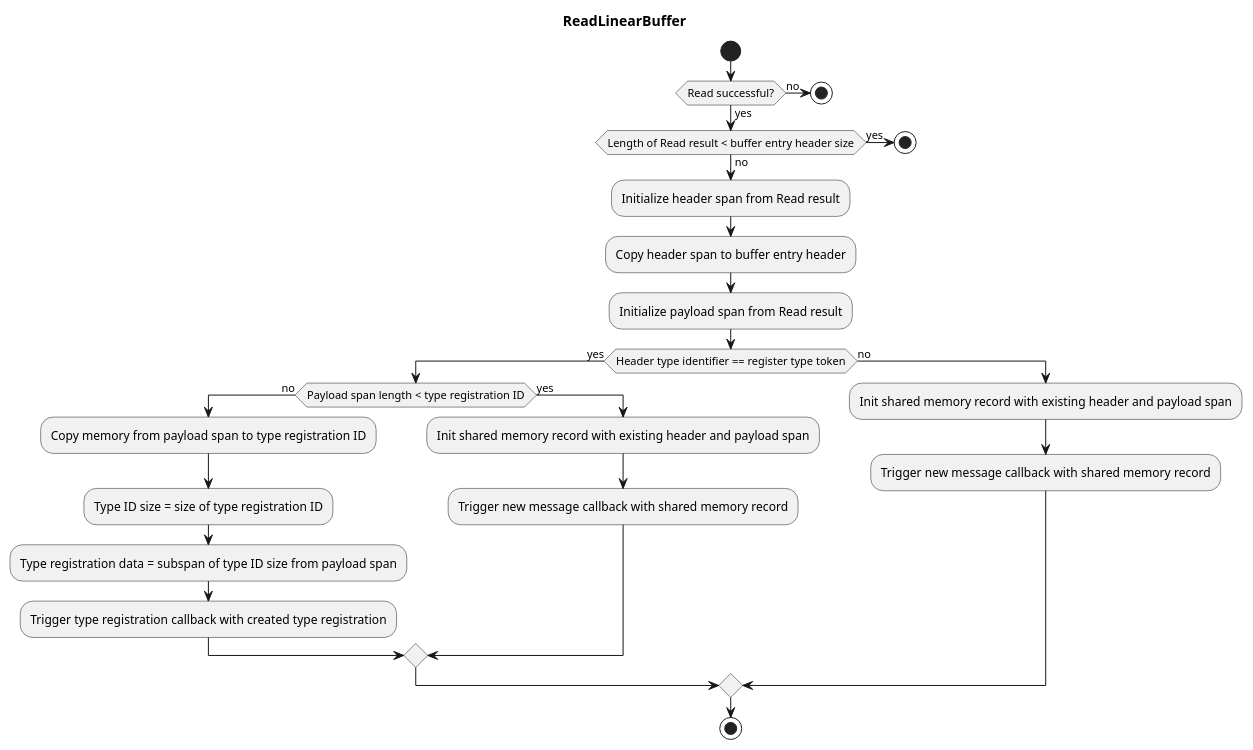
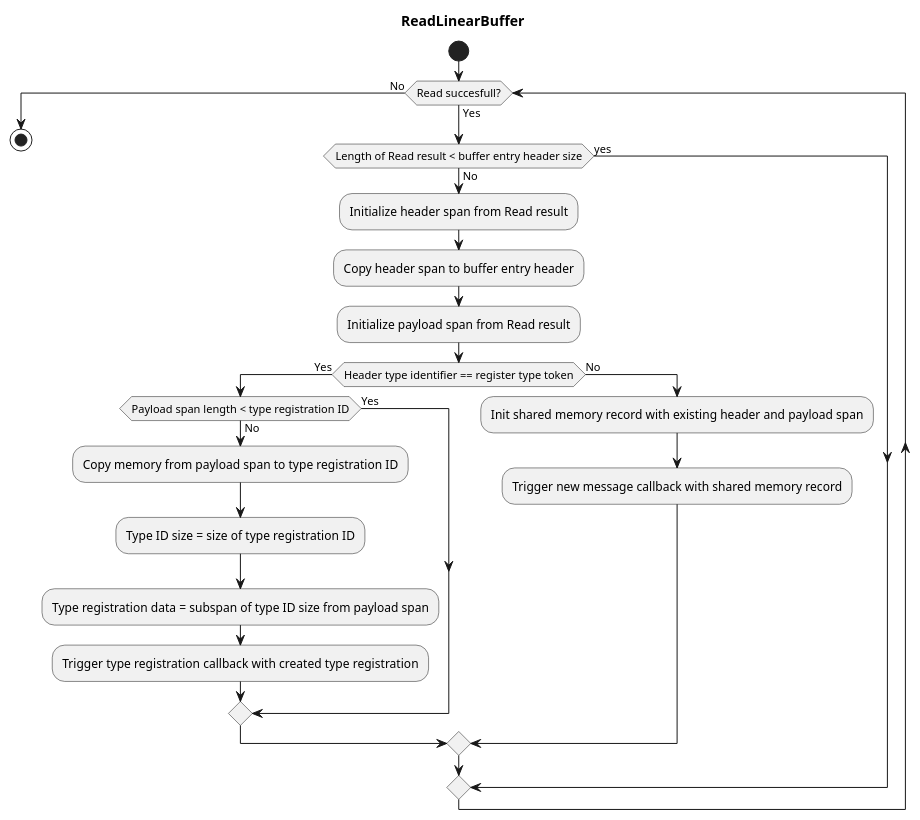
One commit to eclipse-score/inc_mw_log changed the fourth of 5 diagrams in design/shared_memory_reader_read.puml. Above: the diagram before and after it, drawn with PlantUML. The commit also changed other lines of this file and 8 other files, not shown here.

Commit message:
Fixing some diagrams

```diff
--- a/design/shared_memory_reader_read.puml
+++ b/design/shared_memory_reader_read.puml
@@ -47,32 +47,27 @@
 @startuml ReadLinearBuffer
 title ReadLinearBuffer
 
 start
-if (Read successful?) then (no)
-  stop
-else (yes)
+while (Read succesfull?) is (Yes)
   if (Length of Read result < buffer entry header size) then (yes)
-    stop
-  else (no)
+  else (No)
     :Initialize header span from Read result;
     :Copy header span to buffer entry header;
     :Initialize payload span from Read result;
-    if (Header type identifier == register type token) then (yes)
-      if (Payload span length < type registration ID) then (no)
+    if (Header type identifier == register type token) then (Yes)
+      if (Payload span length < type registration ID) then (No)
         :Copy memory from payload span to type registration ID;
         :Type ID size = size of type registration ID;
         :Type registration data = subspan of type ID size from payload span;
         :Trigger type registration callback with created type registration;
-      else (yes)
-        :Init shared memory record with existing header and payload span;
-        :Trigger new message callback with shared memory record;
+      else(Yes)
       endif
-    else (no)
+    else (No)
       :Init shared memory record with existing header and payload span;
       :Trigger new message callback with shared memory record;
     endif
   endif
-endif
+endwhile (No)
 stop
 
 @enduml
```
